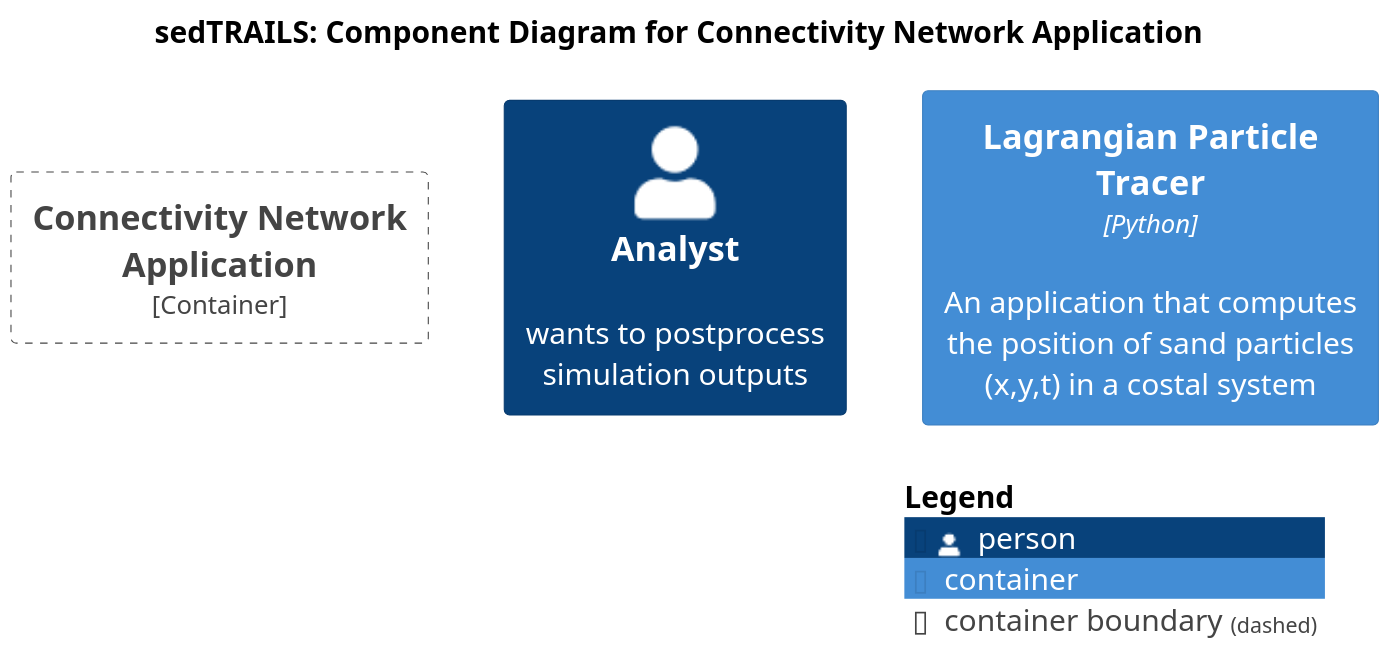
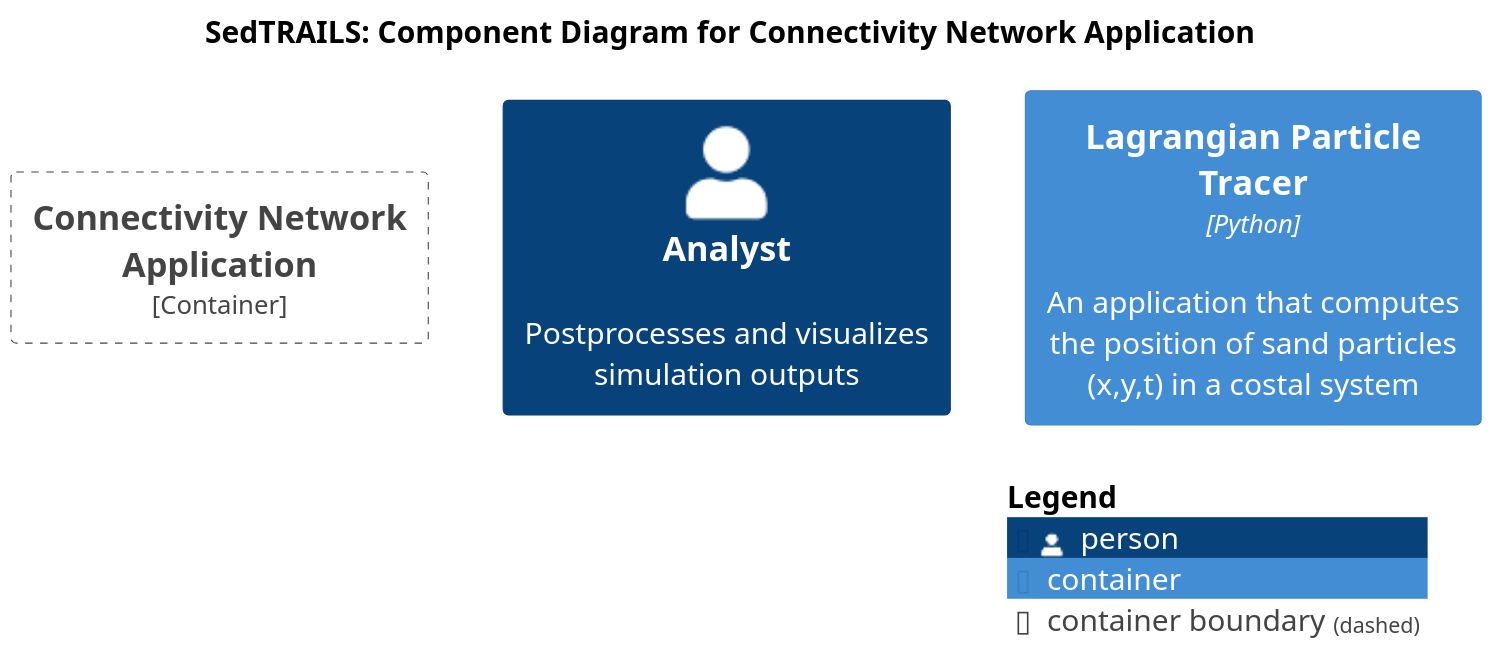
Before and after one commit to sgpearson17/sedtrails-sgp: the diagram in diagrams/componets-connectivity-app.puml, drawn with PlantUML. The commit also changed 5 other files, not shown here.

Commit message:
Update diagrams to fix typos and language

```diff
--- a/diagrams/componets-connectivity-app.puml
+++ b/diagrams/componets-connectivity-app.puml
@@ -1,23 +1,23 @@
 @startuml SedtrailComponentsConnectivityNetwork
 !include ./c4/C4_Component.puml
 ' !theme C4_sandstone from ./c4/themes
 
 
 ' LAYOUT_LANDSCAPE()
 
-title sedTRAILS: Component Diagram for Connectivity Network Application
+title SedTRAILS: Component Diagram for Connectivity Network Application
 scale 2
 
 AddElementTag("review", $bgColor="lightred", $fontColor="red", $borderColor="red")
 
-Person(modeler, "Analyst", "wants to postprocess simulation outputs")
+Person(analyst, "Analyst", "Postprocesses and visualizes simulation outputs")
 
 Container_Boundary(connectivityNet, "Connectivity Network Application"){
     
 }
     
 Container(sedtrailsTracer, "Lagrangian Particle Tracer", "Python", "An application that computes the position of sand particles (x,y,t) in a costal system")
 
 
 SHOW_LEGEND()
 @enduml
```
